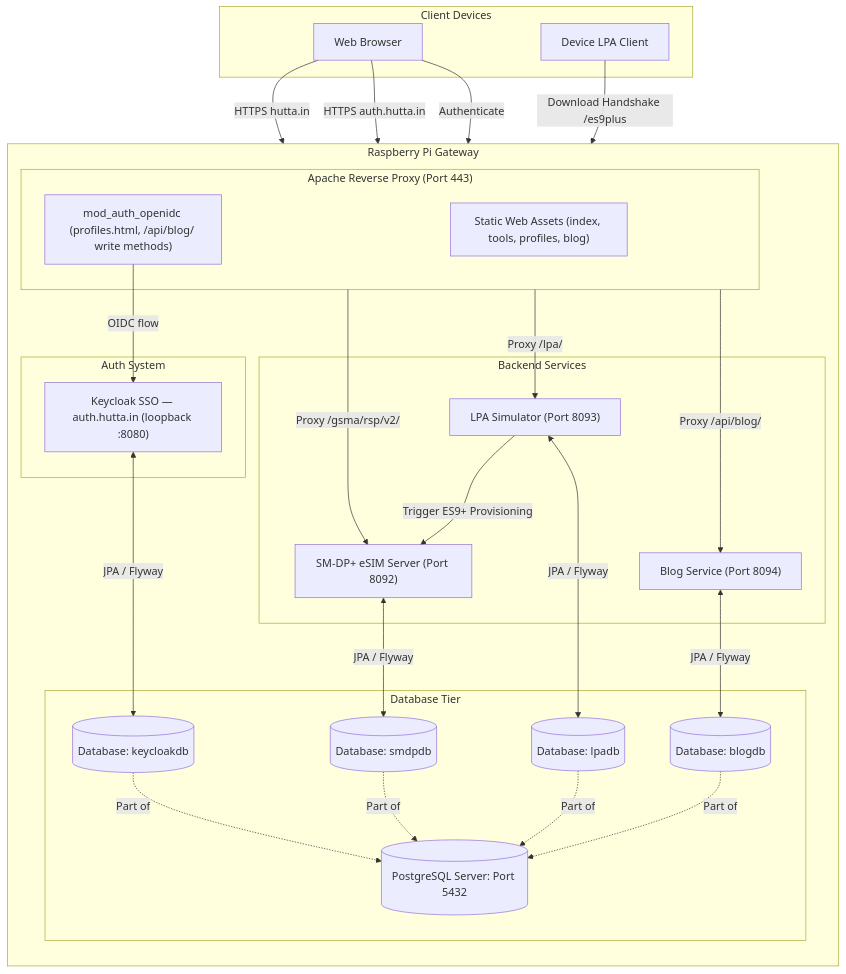
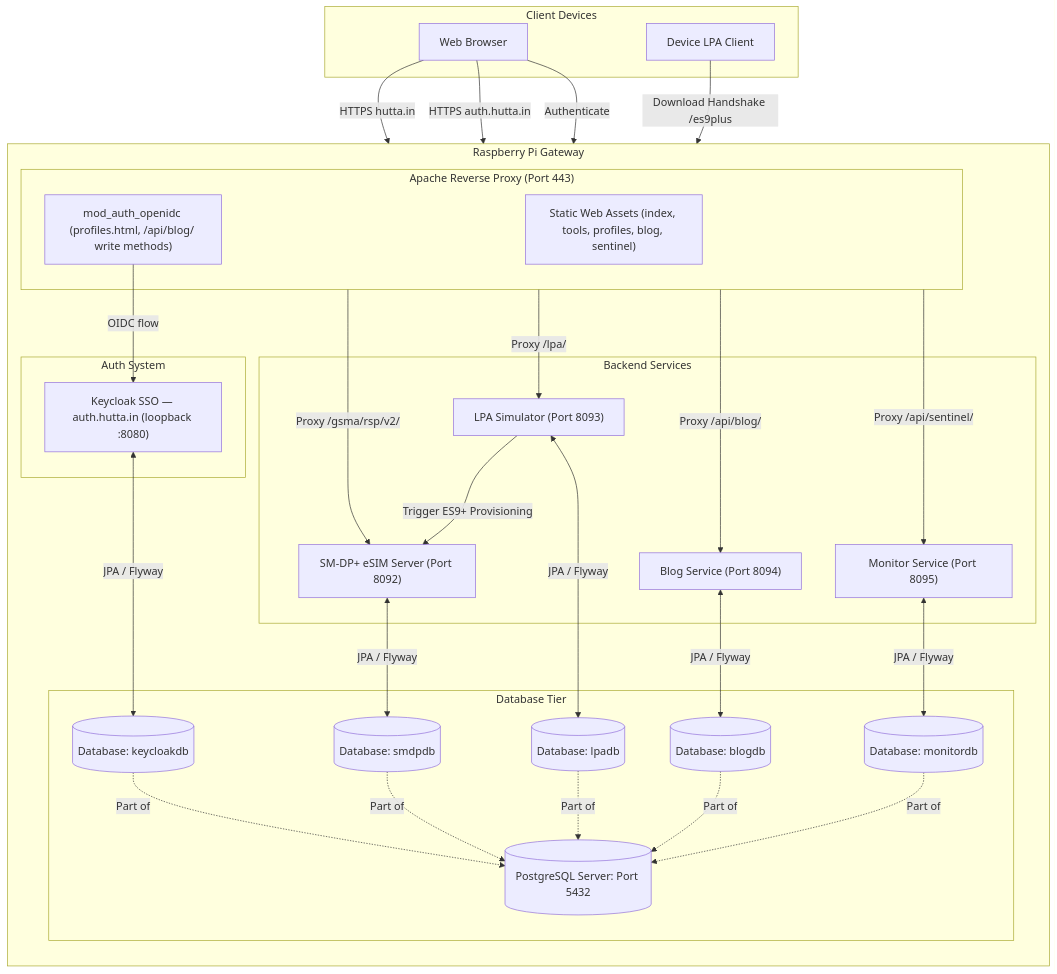
The third of 5 diagrams in README.md (muku3011/website), drawn with Mermaid before and after one commit. The commit also changed other lines of this file and 2 other files, not shown here.

Commit message:
docs: update system architecture diagrams and readmes for monitor service (sentinel)

````diff
--- a/README.md
+++ b/README.md
@@ -72,58 +72,63 @@
 ```mermaid
 flowchart TD
     subgraph Client ["Client Devices"]
         Browser["Web Browser"]
         LPA_Client["Device LPA Client"]
     end
 
     subgraph RPi ["Raspberry Pi Gateway"]
         direction TB
         subgraph Proxy ["Apache Reverse Proxy (Port 443)"]
-            Static["Static Web Assets (index, tools, profiles, blog)"]
+            Static["Static Web Assets (index, tools, profiles, blog, sentinel)"]
             OIDC["mod_auth_openidc (profiles.html, /api/blog/ write methods)"]
         end
 
         subgraph Auth ["Auth System"]
             Keycloak["Keycloak SSO — auth.hutta.in (loopback :8080)"]
         end
 
         subgraph Backend ["Backend Services"]
             SMDP["SM-DP+ eSIM Server (Port 8092)"]
             LPA_Sim["LPA Simulator (Port 8093)"]
             BlogService["Blog Service (Port 8094)"]
+            MonitorService["Monitor Service (Port 8095)"]
         end
 
         subgraph DB ["Database Tier"]
             PostgreSQL[(PostgreSQL Server: Port 5432)]
             smdpdb[(Database: smdpdb)]
             lpadb[(Database: lpadb)]
             keycloakdb[(Database: keycloakdb)]
             blogdb[(Database: blogdb)]
+            monitordb[(Database: monitordb)]
         end
     end
 
     %% Client Access
     Browser -->|HTTPS hutta.in| Static
     Browser -->|HTTPS auth.hutta.in| Keycloak
     Browser -->|Authenticate| OIDC
     LPA_Client -->|Download Handshake /es9plus| SMDP
 
     %% Proxy Routing
     OIDC -->|OIDC flow| Keycloak
     Proxy -->|Proxy /gsma/rsp/v2/| SMDP
     Proxy -->|Proxy /lpa/| LPA_Sim
     Proxy -->|Proxy /api/blog/| BlogService
+    Proxy -->|Proxy /api/sentinel/| MonitorService
 
     %% Authentication
     Keycloak <-->|JPA / Flyway| keycloakdb
 
     %% eSIM provisioning & database
     LPA_Sim -->|Trigger ES9+ Provisioning| SMDP
     SMDP <-->|JPA / Flyway| smdpdb
     LPA_Sim <-->|JPA / Flyway| lpadb
     BlogService <-->|JPA / Flyway| blogdb
+    MonitorService <-->|JPA / Flyway| monitordb
     smdpdb -.->|Part of| PostgreSQL
     lpadb -.->|Part of| PostgreSQL
     keycloakdb -.->|Part of| PostgreSQL
     blogdb -.->|Part of| PostgreSQL
+    monitordb -.->|Part of| PostgreSQL
 ```
````
